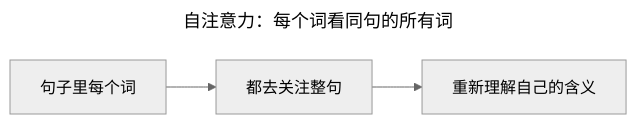
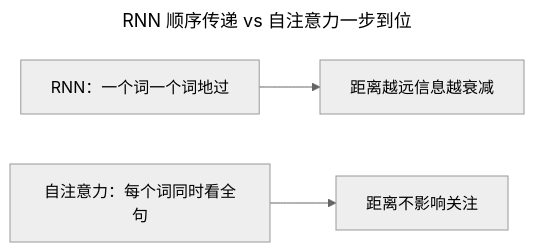
Before and after one commit to Joneyao/dl-from-scratch: the first of 6 diagrams in docs/articles/19-self-attention.md, drawn with Mermaid (neutral theme). The commit also changed other lines of this file and 20 other files, not shown here.

Commit message:
docs(dl): 22篇深度扩写（8层模板）+ mermaid修复

````diff
--- a/docs/articles/19-self-attention.md
+++ b/docs/articles/19-self-attention.md
@@ -22,8 +20,8 @@
 ```mermaid
 ---
-title: 自注意力：每个词看同句的所有词
+title: RNN 顺序传递 vs 自注意力一步到位
 ---
 flowchart LR
-    A[句子里每个词] --> B[都去关注整句]
-    B --> C[重新理解自己的含义]
+    A[RNN：一个词一个词地过] --> B[距离越远信息越衰减]
+    C[自注意力：每个词同时看全句] --> D[距离不影响关注]
 ```
````
